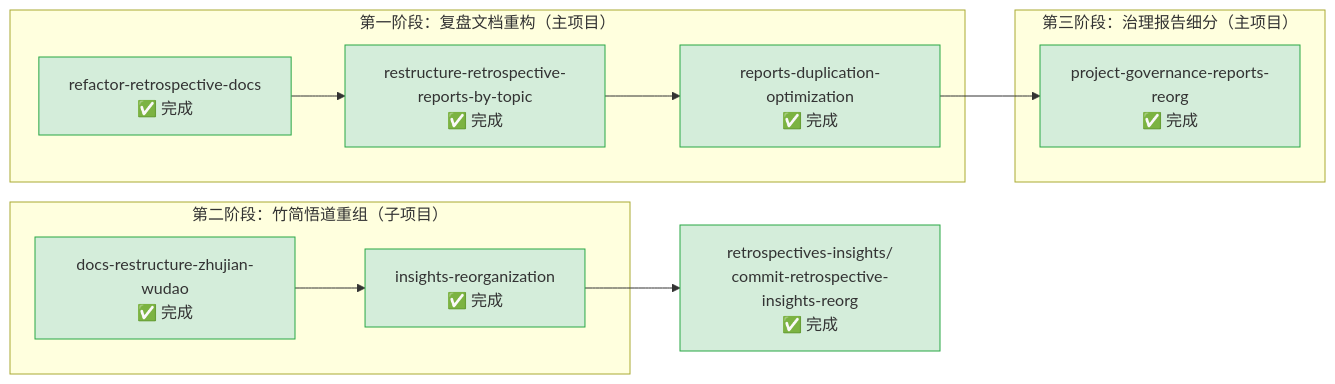
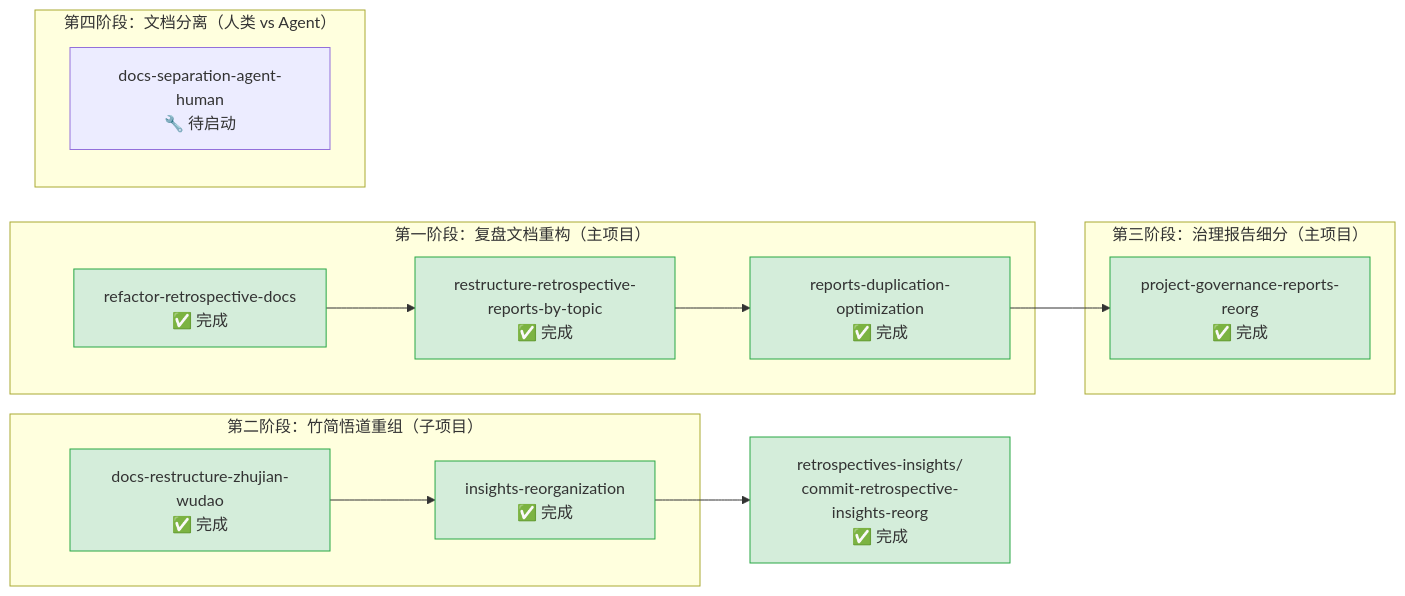
The diagram in .trae/specs/docs-restructure/README.md (xinetzone/SpecWeave), drawn with Mermaid before and after one commit. The commit also changed other lines of this file and 6 other files, not shown here.

````diff
--- a/.trae/specs/docs-restructure/README.md
+++ b/.trae/specs/docs-restructure/README.md
@@ -26,28 +27,31 @@
 ```mermaid
 flowchart LR
     subgraph S1 ["第一阶段：复盘文档重构（主项目）"]
         RRD["refactor-retrospective-docs<br>✅ 完成"]
         RRR["restructure-retrospective-reports-by-topic<br>✅ 完成"]
         RDO["reports-duplication-optimization<br>✅ 完成"]
     end
     subgraph S2 ["第二阶段：竹简悟道重组（子项目）"]
         DRZ["docs-restructure-zhujian-wudao<br>✅ 完成"]
         IR["insights-reorganization<br>✅ 完成"]
     end
     subgraph S3 ["第三阶段：治理报告细分（主项目）"]
         PGR["project-governance-reports-reorg<br>✅ 完成"]
+    end
+    subgraph S4 ["第四阶段：文档分离（人类 vs Agent）"]
+        DSAH["docs-separation-agent-human<br>🔧 待启动"]
     end
     CRIR["retrospectives-insights/<br>commit-retrospective-insights-reorg<br>✅ 完成"]
     RRD --> RRR
     RRR --> RDO
     DRZ --> IR
     IR --> CRIR
     RDO --> PGR
     style RRD fill:#d4edda,stroke:#28a745
     style RRR fill:#d4edda,stroke:#28a745
     style RDO fill:#d4edda,stroke:#28a745
     style DRZ fill:#d4edda,stroke:#28a745
     style IR fill:#d4edda,stroke:#28a745
     style CRIR fill:#d4edda,stroke:#28a745
     style PGR fill:#d4edda,stroke:#28a745
 ```
````
